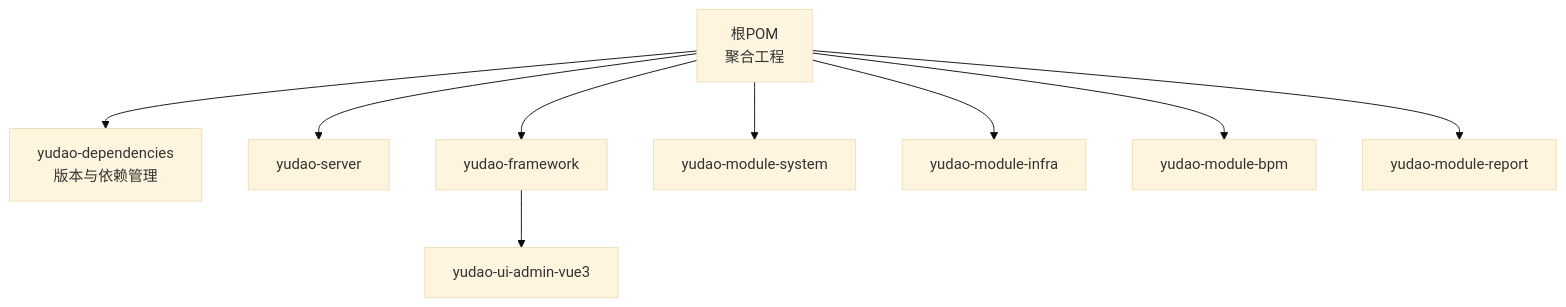
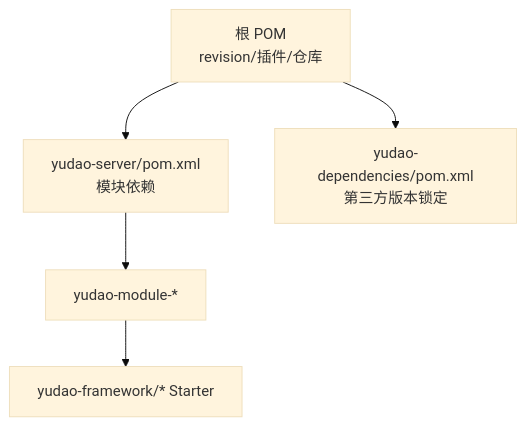
Before and after one commit to xiaoche80s-tech/rouyi-vue-pro: the third of 3 diagrams in .qoder/repowiki/zh/content/扩展开发/扩展开发.md, drawn with Mermaid (base theme). The commit also changed other lines of this file and 840 other files, not shown here.

````diff
--- a/.qoder/repowiki/zh/content/扩展开发/扩展开发.md
+++ b/.qoder/repowiki/zh/content/扩展开发/扩展开发.md
@@ -306,11 +246,7 @@
 ```mermaid
 graph TB
-Root["根POM<br/>聚合工程"] --> Deps["yudao-dependencies<br/>版本与依赖管理"]
-Root --> Srv["yudao-server"]
-Root --> Frm["yudao-framework"]
-Root --> ModSys["yudao-module-system"]
-Root --> ModInfra["yudao-module-infra"]
-Root --> ModBpm["yudao-module-bpm"]
-Root --> ModRep["yudao-module-report"]
-Frm --> FE["yudao-ui-admin-vue3"]
+RootPOM["根 POM<br/>revision/插件/仓库"] --> ServerPOM["yudao-server/pom.xml<br/>模块依赖"]
+RootPOM --> Deps["yudao-dependencies/pom.xml<br/>第三方版本锁定"]
+ServerPOM --> Modules["yudao-module-*"]
+Modules --> Framework["yudao-framework/* Starter"]
 ```
````
